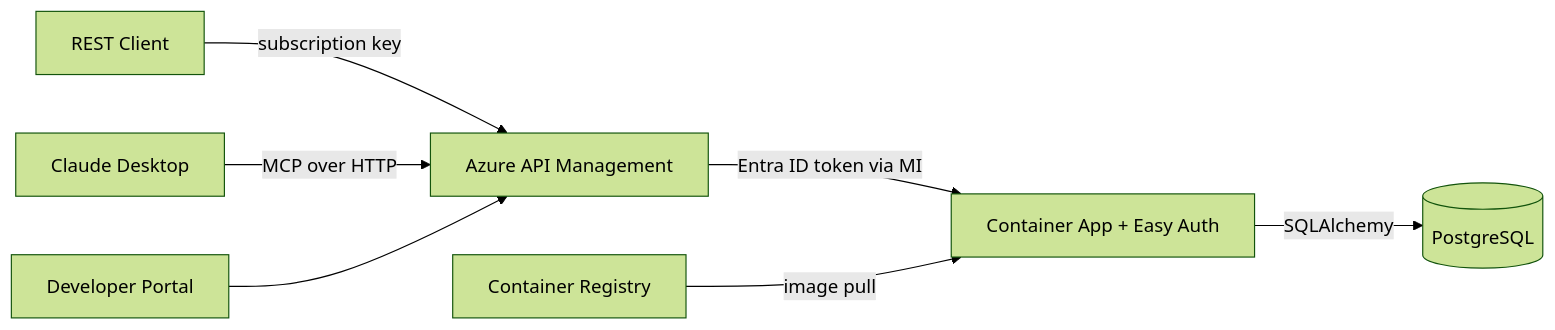
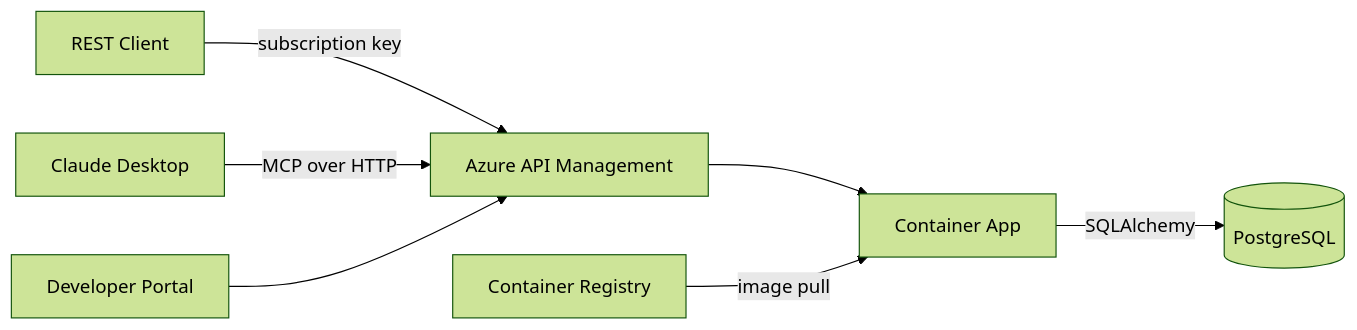
Before and after one commit to ozgurkarahan/azure-apim-mcp-server: the diagram in README.md, drawn with Mermaid (forest theme). The commit also changed other lines of this file and 12 other files, not shown here.

````diff
--- a/README.md
+++ b/README.md
@@ -7,9 +7,9 @@
 ```mermaid
 graph LR
     Client[REST Client] -->|subscription key| APIM[Azure API Management]
     Claude[Claude Desktop] -->|MCP over HTTP| APIM
-    APIM -->|Entra ID token via MI| CA[Container App + Easy Auth]
+    APIM --> CA[Container App]
     CA -->|SQLAlchemy| PG[(PostgreSQL)]
     DevPortal[Developer Portal] --> APIM
     ACR[Container Registry] -->|image pull| CA
 ```
````
